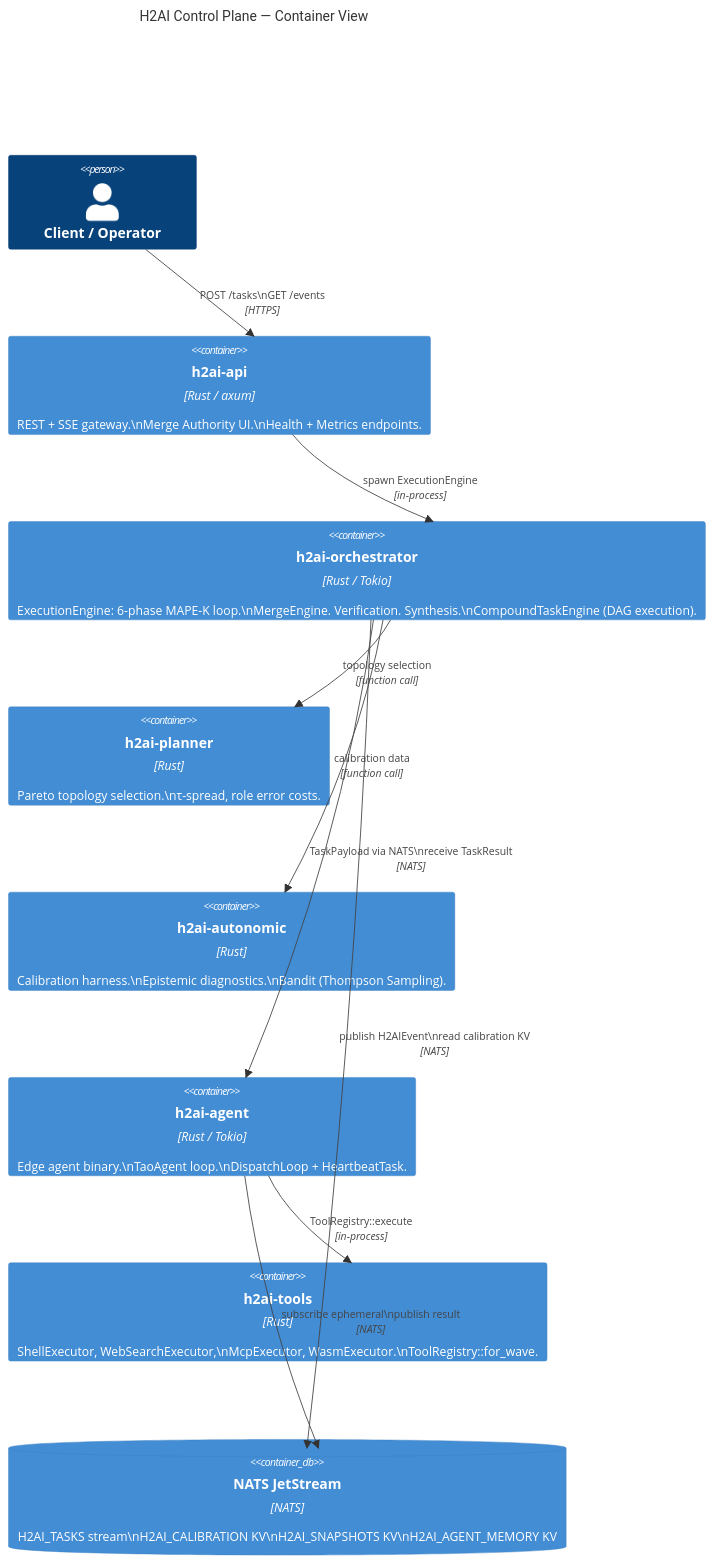
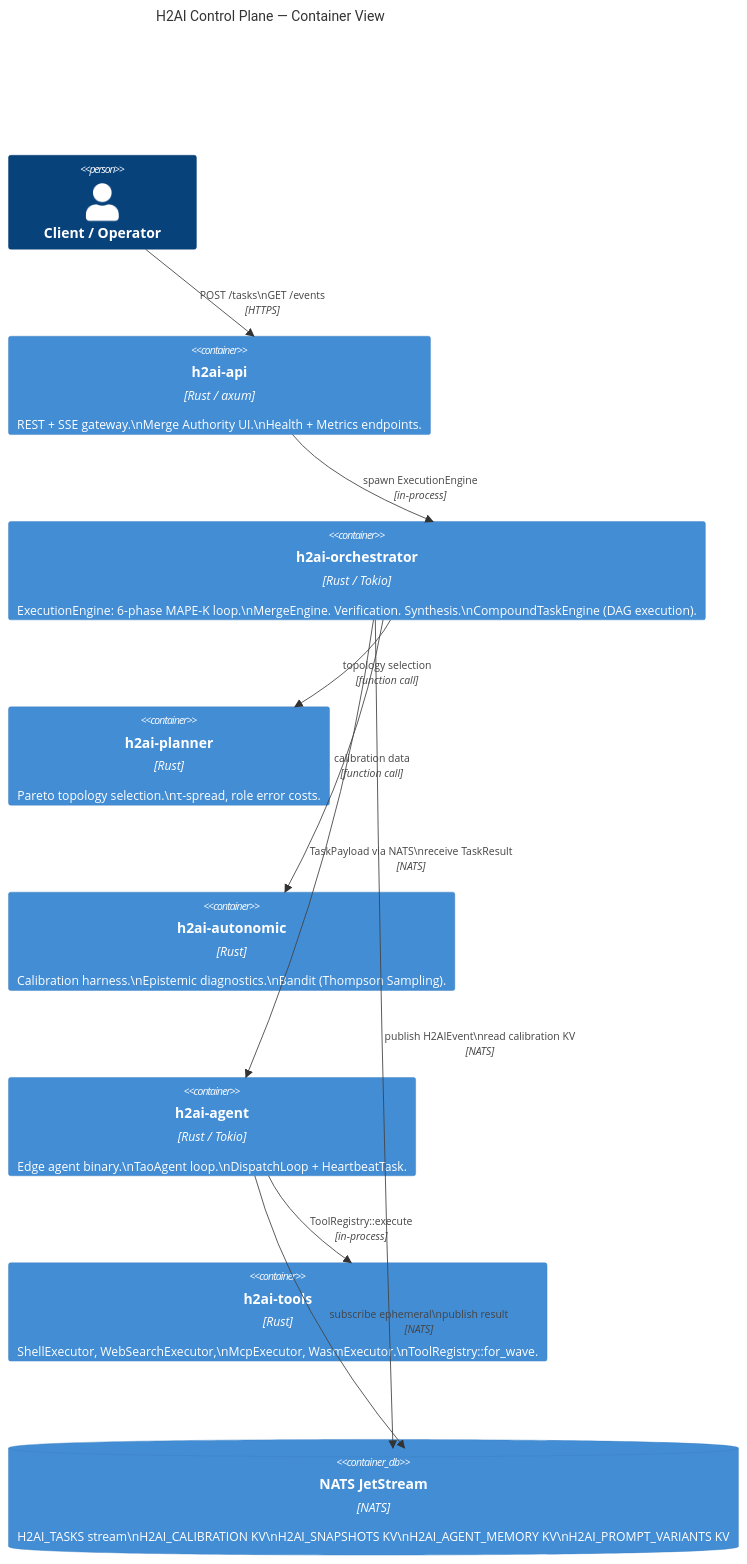
Before and after one commit to immediatus/h2ai-control-plane: the second of 16 diagrams in docs/architecture/architecture.md, drawn with Mermaid. The commit also changed other lines of this file and 43 other files, not shown here.

````diff
--- a/docs/architecture/architecture.md
+++ b/docs/architecture/architecture.md
@@ -76,23 +76,23 @@
 ```mermaid
 C4Container
     title H2AI Control Plane — Container View
 
     Person(client, "Client / Operator")
 
     Container(api, "h2ai-api", "Rust / axum", "REST + SSE gateway.\nMerge Authority UI.\nHealth + Metrics endpoints.")
     Container(orchestrator, "h2ai-orchestrator", "Rust / Tokio", "ExecutionEngine: 6-phase MAPE-K loop.\nMergeEngine. Verification. Synthesis.\nCompoundTaskEngine (DAG execution).")
     Container(planner, "h2ai-planner", "Rust", "Pareto topology selection.\nτ-spread, role error costs.")
     Container(autonomic, "h2ai-autonomic", "Rust", "Calibration harness.\nEpistemic diagnostics.\nBandit (Thompson Sampling).")
     Container(agent, "h2ai-agent", "Rust / Tokio", "Edge agent binary.\nTaoAgent loop.\nDispatchLoop + HeartbeatTask.")
     Container(tools, "h2ai-tools", "Rust", "ShellExecutor, WebSearchExecutor,\nMcpExecutor, WasmExecutor.\nToolRegistry::for_wave.")
-    ContainerDb(nats_db, "NATS JetStream", "NATS", "H2AI_TASKS stream\nH2AI_CALIBRATION KV\nH2AI_SNAPSHOTS KV\nH2AI_AGENT_MEMORY KV")
+    ContainerDb(nats_db, "NATS JetStream", "NATS", "H2AI_TASKS stream\nH2AI_CALIBRATION KV\nH2AI_SNAPSHOTS KV\nH2AI_AGENT_MEMORY KV\nH2AI_PROMPT_VARIANTS KV")
 
     Rel(client, api, "POST /tasks\nGET /events", "HTTPS")
     Rel(api, orchestrator, "spawn ExecutionEngine", "in-process")
     Rel(orchestrator, planner, "topology selection", "function call")
     Rel(orchestrator, autonomic, "calibration data", "function call")
     Rel(orchestrator, nats_db, "publish H2AIEvent\nread calibration KV", "NATS")
     Rel(orchestrator, agent, "TaskPayload via NATS\nreceive TaskResult", "NATS")
     Rel(agent, tools, "ToolRegistry::execute", "in-process")
     Rel(agent, nats_db, "subscribe ephemeral\npublish result", "NATS")
 ```
````
